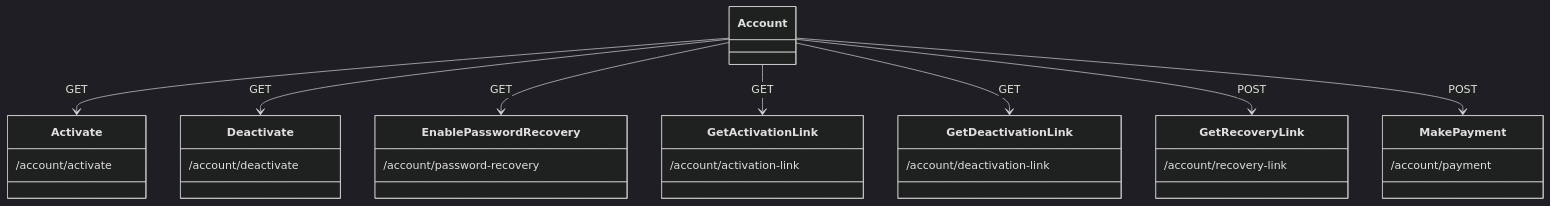
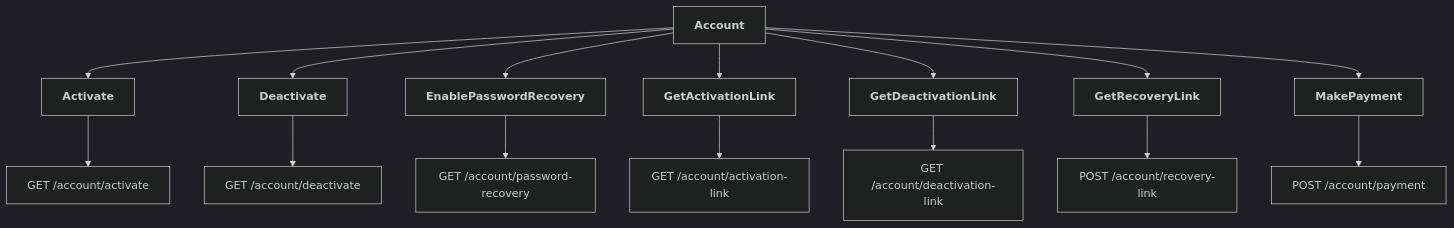
The first of 2 diagrams in README.md (Karmello/ask-the-world-api), drawn with Mermaid (dark theme) before and after one commit. The commit also changed other lines of this file, not shown here.

````diff
--- a/README.md
+++ b/README.md
@@ -5,17 +5,10 @@
 ```mermaid
-classDiagram
-Account --> Activate : GET
-Account --> Deactivate: GET
-Account --> EnablePasswordRecovery : GET
-Account --> GetActivationLink : GET
-Account --> GetDeactivationLink : GET
-Account --> GetRecoveryLink: POST
-Account --> MakePayment: POST 
-Activate: /account/activate
-Deactivate: /account/deactivate
-GetActivationLink: /account/activation-link
-GetDeactivationLink: /account/deactivation-link
-EnablePasswordRecovery: /account/password-recovery
-GetRecoveryLink: /account/recovery-link
-MakePayment: /account/payment
+flowchart
+ROOT[<b>Account</b>] --> A1[<b>Activate</b>] --> A2[GET /account/activate]
+ROOT --> B1[<b>Deactivate</b>] --> B2[GET /account/deactivate]
+ROOT --> C1[<b>EnablePasswordRecovery</b>] --> C2[GET /account/password-recovery]
+ROOT --> D1[<b>GetActivationLink</b>] --> D2[GET /account/activation-link]
+ROOT --> E1[<b>GetDeactivationLink</b>] --> E2[GET /account/deactivation-link]
+ROOT --> F1[<b>GetRecoveryLink</b>] --> F2[POST /account/recovery-link]
+ROOT --> G1[<b>MakePayment</b>] --> G2[POST /account/payment]
 ```
````
